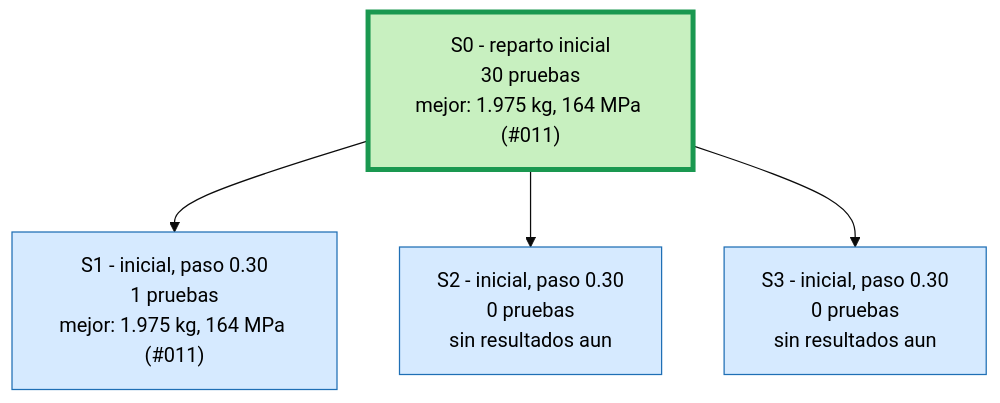
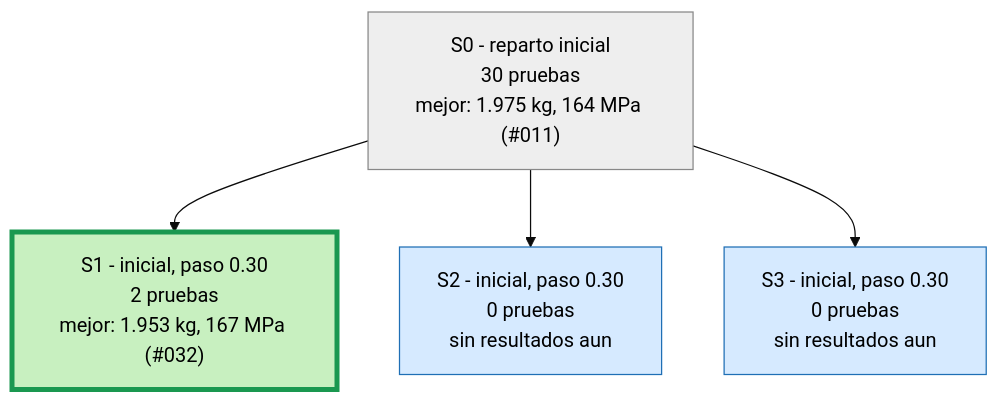
One commit to Hugiko/msd-soporte-optimizacion changed the first of 4 diagrams in runs/opt_37800N/ARBOL.md. Above: the diagram before and after it, drawn with Mermaid (base theme). The commit also changed 43 other files, not shown here.

Commit message:
NUEVO MEJOR DISENO: 1.953 kg, 167 MPa (SimJEB modificado 032)

````diff
--- a/runs/opt_37800N/ARBOL.md
+++ b/runs/opt_37800N/ARBOL.md
@@ -9,13 +9,13 @@
 ```mermaid
 graph TD
 classDef activa fill:#d6eaff,stroke:#1f6fb5,color:#000
 classDef fin fill:#eeeeee,stroke:#888,color:#000
 classDef mejor fill:#c8f0c0,stroke:#1a9850,stroke-width:4px,color:#000
-S0["S0 - reparto inicial<br/>30 pruebas<br/>mejor: 1.975 kg, 164 MPa (#011)"]:::mejor
-S1["S1 - inicial, paso 0.30<br/>1 pruebas<br/>mejor: 1.975 kg, 164 MPa (#011)"]:::activa
+S0["S0 - reparto inicial<br/>30 pruebas<br/>mejor: 1.975 kg, 164 MPa (#011)"]:::fin
+S1["S1 - inicial, paso 0.30<br/>2 pruebas<br/>mejor: 1.953 kg, 167 MPa (#032)"]:::mejor
 S0 --> S1
 S2["S2 - inicial, paso 0.30<br/>0 pruebas<br/>sin resultados aun"]:::activa
 S0 --> S2
 S3["S3 - inicial, paso 0.30<br/>0 pruebas<br/>sin resultados aun"]:::activa
 S0 --> S3
 ```
````
